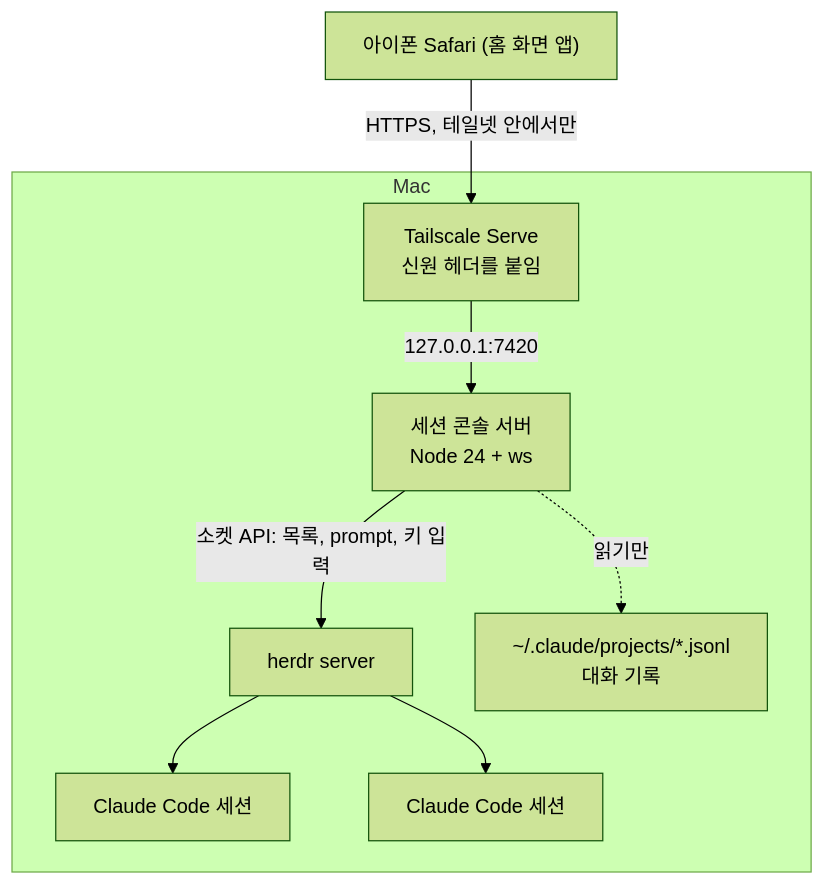
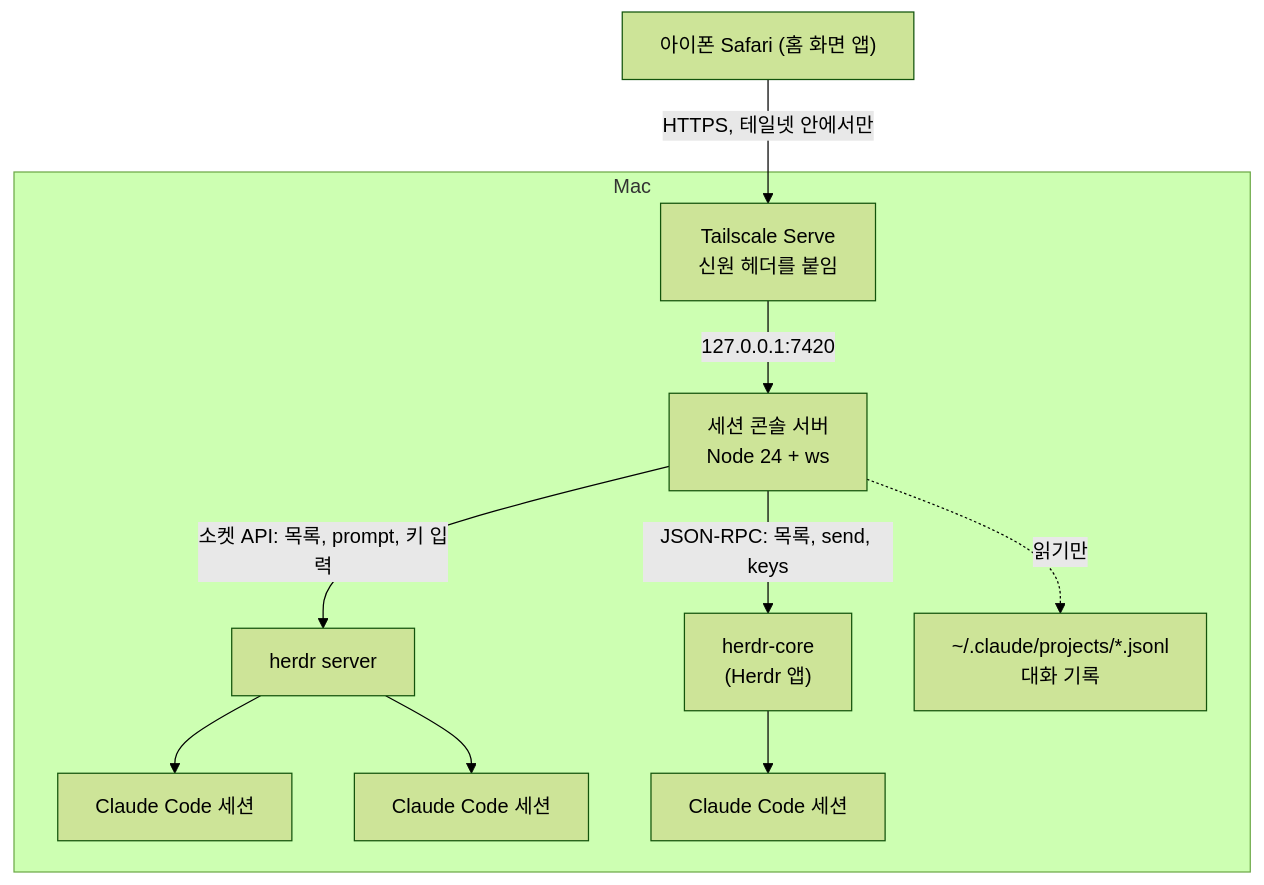
Before and after one commit to sky629/remote-session: the diagram in README.md, drawn with Mermaid (forest theme). The commit also changed other lines of this file and 30 other files, not shown here.

First line of the commit message:
feat(hc): Herdr 앱(herdr-core) 세션을 목록에 보여 주고 입력과 화면을 연결한다

````diff
--- a/README.md
+++ b/README.md
@@ -27,11 +27,13 @@
 ```mermaid
 flowchart TB
   phone["아이폰 Safari (홈 화면 앱)"] -->|"HTTPS, 테일넷 안에서만"| serve
   subgraph mac["Mac"]
     serve["Tailscale Serve<br/>신원 헤더를 붙임"] -->|"127.0.0.1:7420"| srv["세션 콘솔 서버<br/>Node 24 + ws"]
     srv -->|"소켓 API: 목록, prompt, 키 입력"| herdr["herdr server"]
+    srv -->|"JSON-RPC: 목록, send, keys"| hc["herdr-core<br/>(Herdr 앱)"]
     srv -.->|"읽기만"| tr["~/.claude/projects/*.jsonl<br/>대화 기록"]
     herdr --> c1["Claude Code 세션"]
     herdr --> c2["Claude Code 세션"]
+    hc --> c3["Claude Code 세션"]
   end
 ```
````
